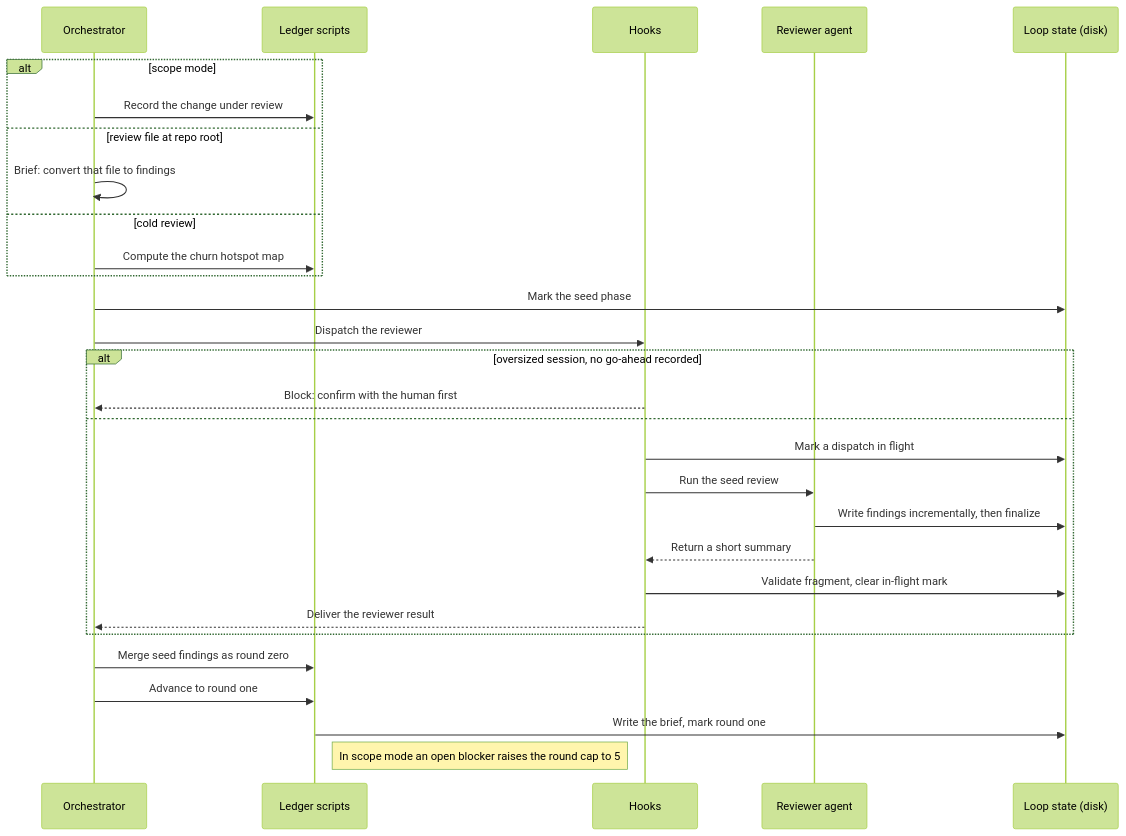
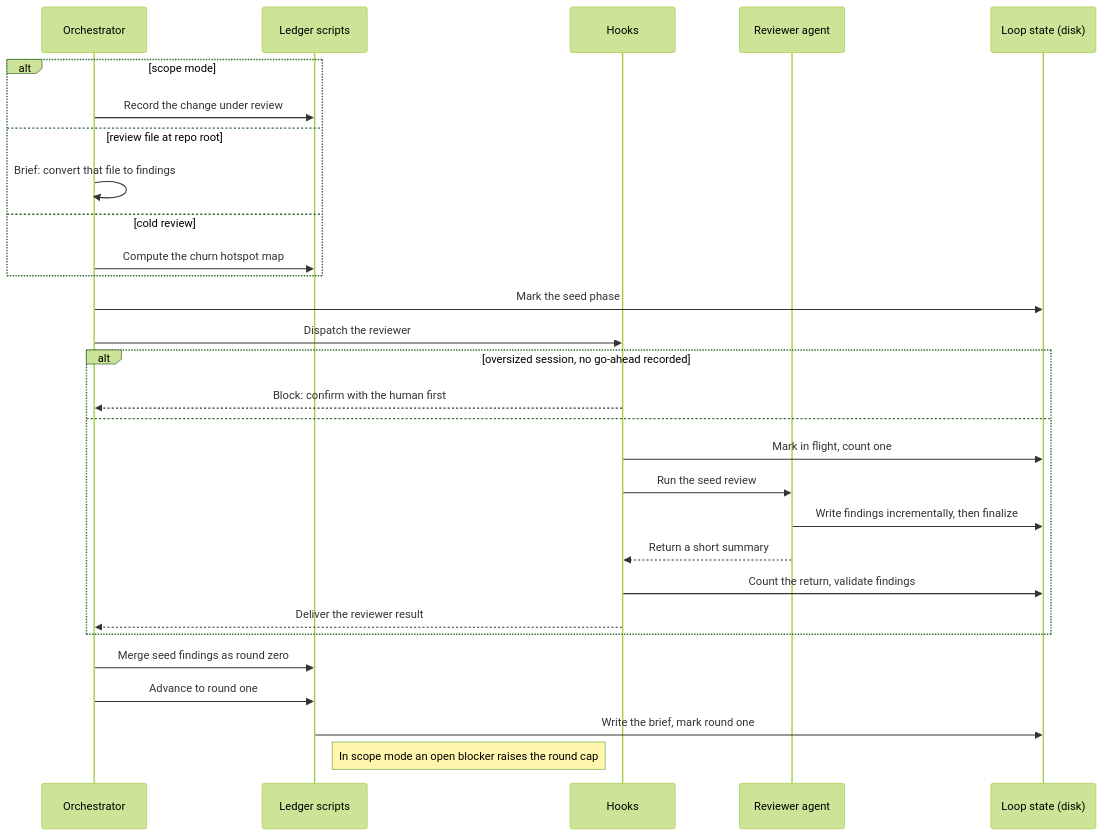
The tenth of 30 diagrams in docs/architecture/review-loop-tools.md (peterlit/quiller-claude-plugins), drawn with Mermaid (forest theme) before and after one commit. The commit also changed other lines of this file and 5 other files, not shown here.

````diff
--- a/docs/architecture/review-loop-tools.md
+++ b/docs/architecture/review-loop-tools.md
@@ -721,32 +1284,32 @@
 ```mermaid
 sequenceDiagram
     participant O as Orchestrator
     participant L as Ledger scripts
     participant K as Hooks
     participant R as Reviewer agent
     participant S as Loop state (disk)
 
     alt scope mode
         O->>L: Record the change under review
     else review file at repo root
         O->>O: Brief: convert that file to findings
     else cold review
         O->>L: Compute the churn hotspot map
     end
     O->>S: Mark the seed phase
     O->>K: Dispatch the reviewer
     alt oversized session, no go-ahead recorded
         K-->>O: Block: confirm with the human first
     else
-        K->>S: Mark a dispatch in flight
+        K->>S: Mark in flight, count one
         K->>R: Run the seed review
         R->>S: Write findings incrementally, then finalize
         R-->>K: Return a short summary
-        K->>S: Validate fragment, clear in-flight mark
+        K->>S: Count the return, validate findings
         K-->>O: Deliver the reviewer result
     end
     O->>L: Merge seed findings as round zero
     O->>L: Advance to round one
     L->>S: Write the brief, mark round one
-    Note right of L: In scope mode an open blocker raises the round cap to 5
+    Note right of L: In scope mode an open blocker raises the round cap
 ```
````
